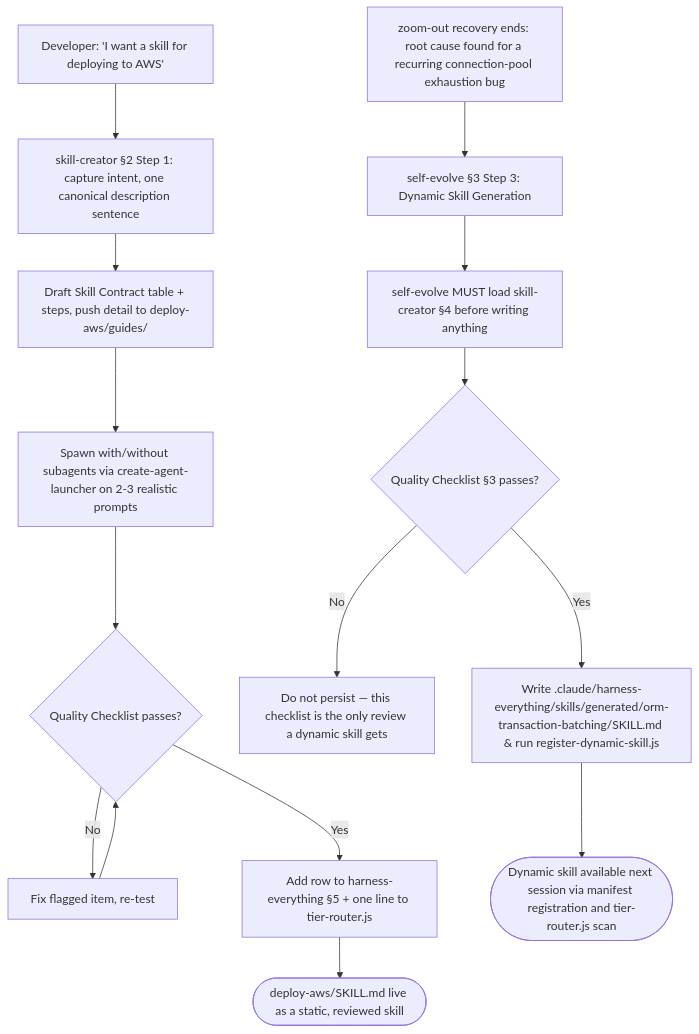
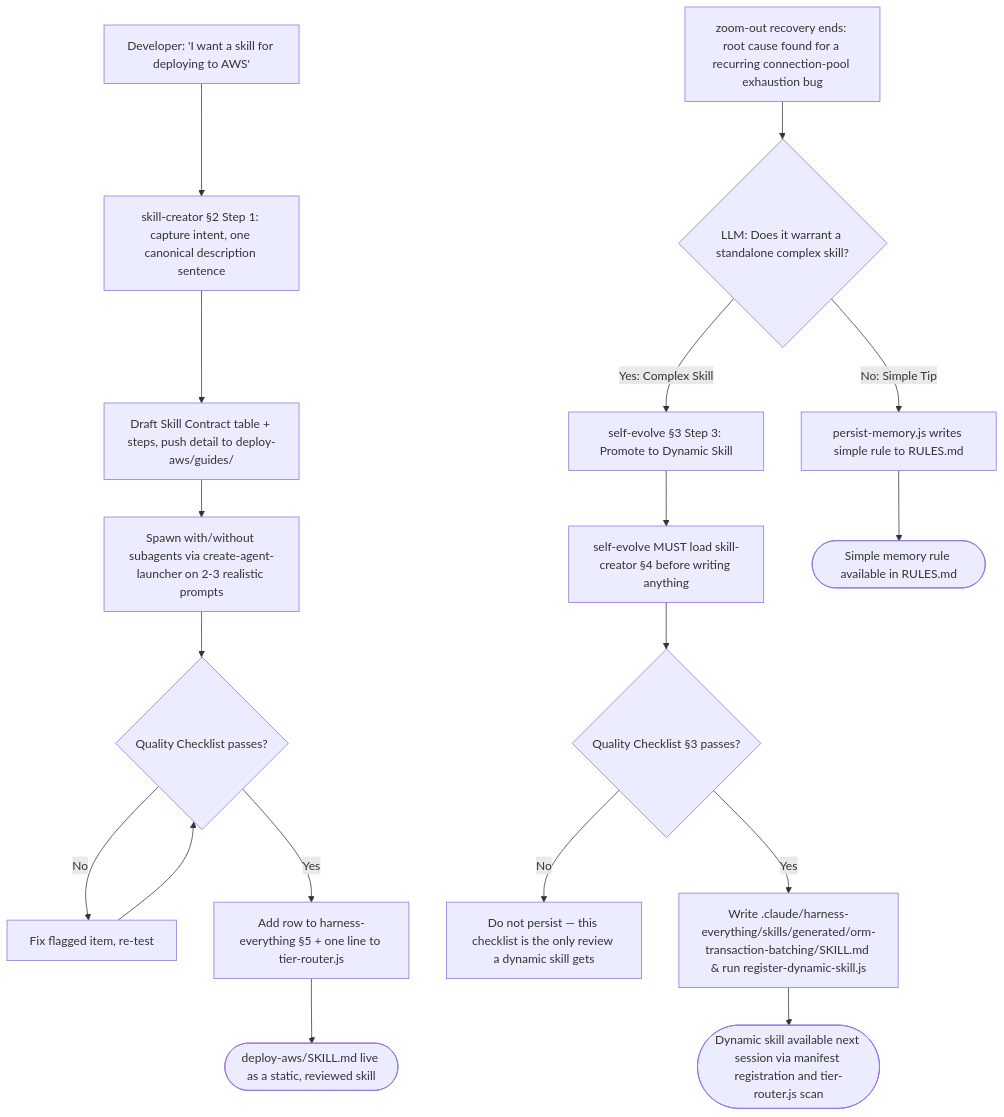
The third of 3 diagrams in docs/workflows/skill-creator.md (dyphn1/Harness-everything), drawn with Mermaid before and after one commit. The commit also changed other lines of this file and 3 other files, not shown here.

Commit message:
refactor(self-evolve): introduce LLM judgment for skill promotion, update workflows and bump versions to 0.3.0

````diff
--- a/docs/workflows/skill-creator.md
+++ b/docs/workflows/skill-creator.md
@@ -50,18 +50,21 @@
 ```mermaid
 graph TD
   Start1["Developer: 'I want a skill for deploying to AWS'"] --> Intent1["skill-creator §2 Step 1: capture intent, one canonical description sentence"]
   Intent1 --> Draft1["Draft Skill Contract table + steps, push detail to deploy-aws/guides/"]
   Draft1 --> Test1["Spawn with/without subagents via create-agent-launcher on 2-3 realistic prompts"]
   Test1 --> Check1{Quality Checklist passes?}
   Check1 -->|No| Fix1["Fix flagged item, re-test"]
   Fix1 --> Check1
   Check1 -->|Yes| Reg1["Add row to harness-everything §5 + one line to tier-router.js"]
   Reg1 --> Done1([deploy-aws/SKILL.md live as a static, reviewed skill])
 
-  Start2["zoom-out recovery ends: root cause found for a recurring connection-pool exhaustion bug"] --> Trigger2["self-evolve §3 Step 3: Dynamic Skill Generation"]
+  Start2["zoom-out recovery ends: root cause found for a recurring connection-pool exhaustion bug"] --> Decide2{"LLM: Does it warrant a standalone complex skill?"}
+  Decide2 -->|No: Simple Tip| Save2["persist-memory.js writes simple rule to RULES.md"]
+  Decide2 -->|Yes: Complex Skill| Trigger2["self-evolve §3 Step 3: Promote to Dynamic Skill"]
   Trigger2 --> Load2["self-evolve MUST load skill-creator §4 before writing anything"]
   Load2 --> Gate2{Quality Checklist §3 passes?}
   Gate2 -->|No| Reject2["Do not persist — this checklist is the only review a dynamic skill gets"]
   Gate2 -->|Yes| Write2["Write .claude/harness-everything/skills/generated/orm-transaction-batching/SKILL.md & run register-dynamic-skill.js"]
   Write2 --> Done2([Dynamic skill available next session via manifest registration and tier-router.js scan])
+  Save2 --> Done3([Simple memory rule available in RULES.md])
 ```
````
